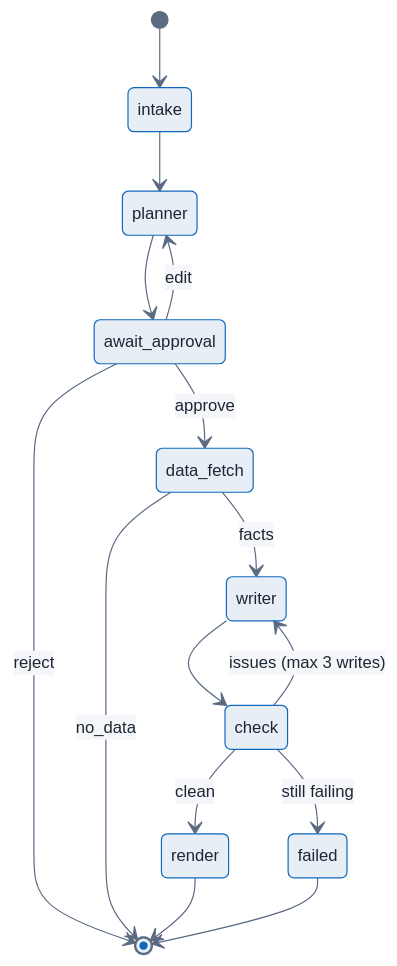
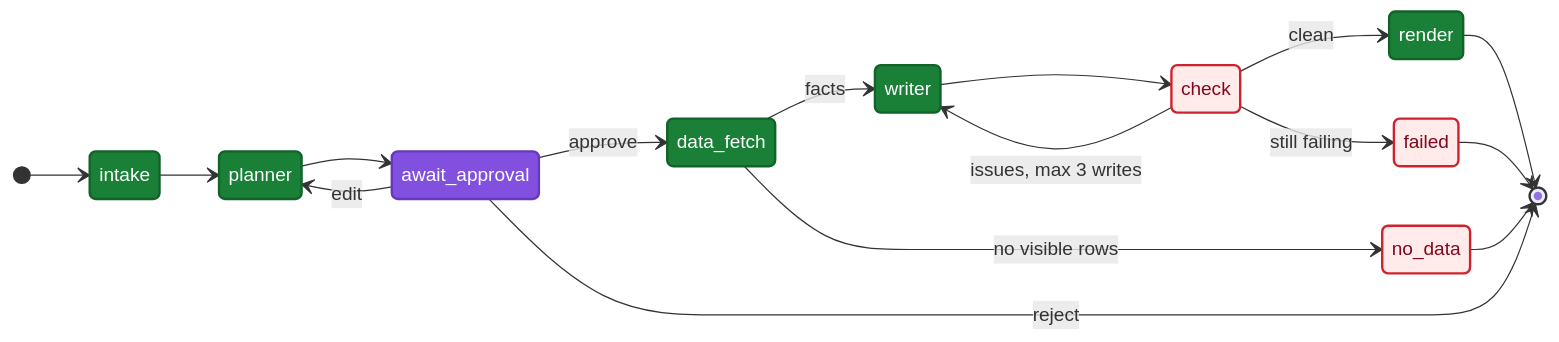
One commit to santoshshinde2012/deck-smith-local changed the third of 7 diagrams in ARCHITECTURE.md. Above: the diagram before and after it, drawn with Mermaid. The commit also changed other lines of this file and 9 other files, not shown here.

First line of the commit message:
docs: rewrite README and architecture diagrams with one semantic palette

````diff
--- a/ARCHITECTURE.md
+++ b/ARCHITECTURE.md
@@ -101,20 +221,37 @@
 ```mermaid
-%%{init: {"theme": "base", "fontFamily": "Helvetica, Arial, DejaVu Sans, sans-serif", "themeVariables": {"fontFamily": "Helvetica, Arial, DejaVu Sans, sans-serif", "fontSize": "14px", "primaryColor": "#E8EEF6", "primaryTextColor": "#1B2733", "primaryBorderColor": "#1168BD", "lineColor": "#5B6B82", "secondaryColor": "#F4F6F9", "tertiaryColor": "#FFFFFF"}}}%%
-%% diagram: dsl-graph
-%% caption: The DeckSmith graph: human approval interrupt, no-data exit, and a bounded writer and QA loop.
+%% diagram: agent-graph
+%% caption: The agent graph: a human approval interrupt, a no-data exit, and a bounded writer and QA loop.
 stateDiagram-v2
+  direction LR
   [*] --> intake
   intake --> planner
   planner --> await_approval
   await_approval --> data_fetch: approve
   await_approval --> planner: edit
   await_approval --> [*]: reject
   data_fetch --> writer: facts
-  data_fetch --> [*]: no_data
+  data_fetch --> no_data: no visible rows
   writer --> check
   check --> render: clean
-  check --> writer: issues (max 3 writes)
+  check --> writer: issues, max 3 writes
   check --> failed: still failing
   render --> [*]
+  no_data --> [*]
   failed --> [*]
+
+  class intake, planner, data_fetch, writer, render core
+  class await_approval ui
+  class check sec
+  class no_data, failed sec
+  classDef ui fill:#8250DF,stroke:#6639BA,stroke-width:2px,color:#FFFFFF
+  classDef app fill:#0969DA,stroke:#0550AE,stroke-width:2px,color:#FFFFFF
+  classDef core fill:#1A7F37,stroke:#116329,stroke-width:2px,color:#FFFFFF
+  classDef port fill:#FFF8C5,stroke:#9A6700,stroke-width:2px,color:#3B2300
+  classDef local fill:#DDF4FF,stroke:#0969DA,stroke-width:2px,color:#0A3069
+  classDef dbx fill:#FFF1E5,stroke:#BC4C00,stroke-width:2px,color:#762C00
+  classDef store fill:#EAEEF2,stroke:#57606A,stroke-width:2px,color:#24292F
+  classDef llm fill:#BF3989,stroke:#99286E,stroke-width:2px,color:#FFFFFF
+  classDef obs fill:#1B7C83,stroke:#0E5A60,stroke-width:2px,color:#FFFFFF
+  classDef ext fill:#57606A,stroke:#32383F,stroke-width:2px,color:#FFFFFF,stroke-dasharray:4 3
+  classDef sec fill:#FFEBE9,stroke:#CF222E,stroke-width:2px,color:#82071E
 ```
````
